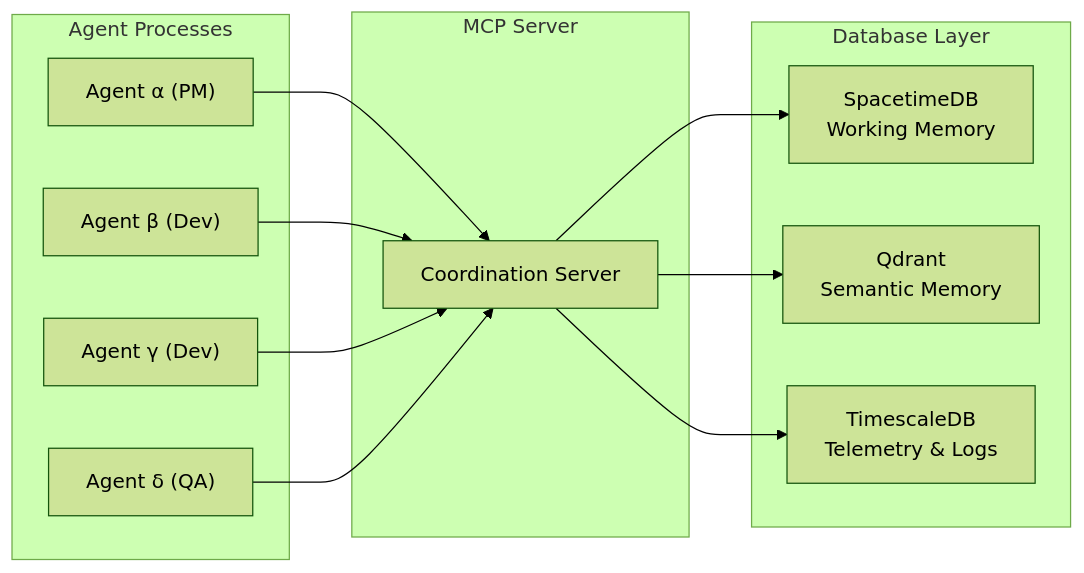
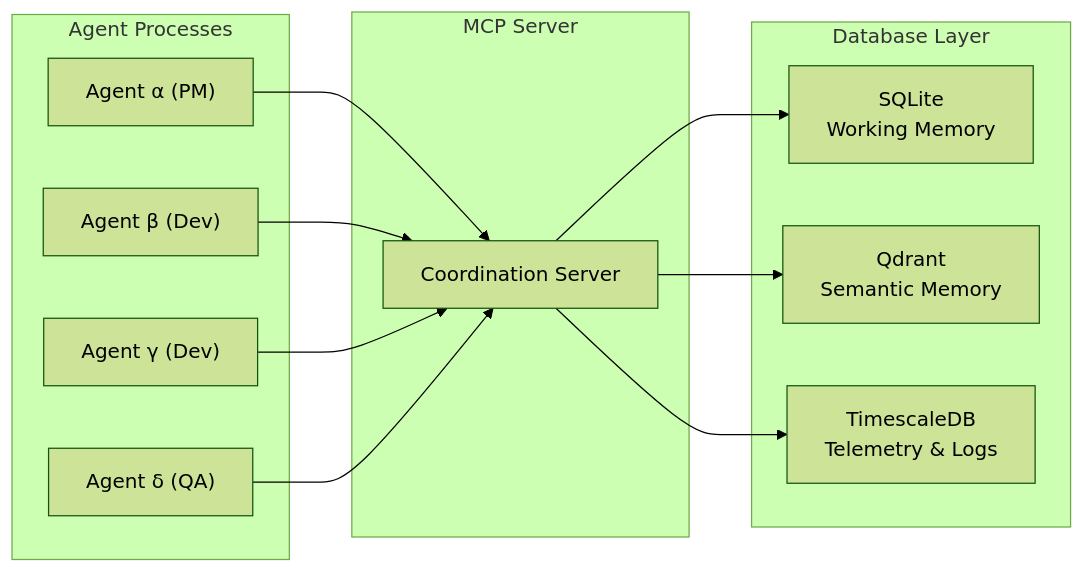
One commit to ryan-haver/agent-coordinator changed the diagram in docs/ROADMAP.md. Above: the diagram before and after it, drawn with Mermaid (forest theme). The commit also changed other lines of this file, not shown here.

Commit message:
docs(7.1): ROADMAP deep rewrite — SpacetimeDB to SQLite, Phase 6 section, implementation notes

````diff
--- a/docs/ROADMAP.md
+++ b/docs/ROADMAP.md
@@ -831,24 +832,24 @@
 ```mermaid
 graph LR
     subgraph "Agent Processes"
         A1["Agent α (PM)"]
         A2["Agent β (Dev)"]
         A3["Agent γ (Dev)"]
         A4["Agent δ (QA)"]
     end
 
     subgraph "MCP Server"
         MCP["Coordination Server"]
     end
 
     subgraph "Database Layer"
-        STDB["SpacetimeDB<br/>Working Memory"]
+        SQLITE["SQLite<br/>Working Memory"]
         QD["Qdrant<br/>Semantic Memory"]
         TS["TimescaleDB<br/>Telemetry & Logs"]
     end
 
     A1 & A2 & A3 & A4 --> MCP
-    MCP --> STDB
+    MCP --> SQLITE
     MCP --> QD
     MCP --> TS
 ```
````
